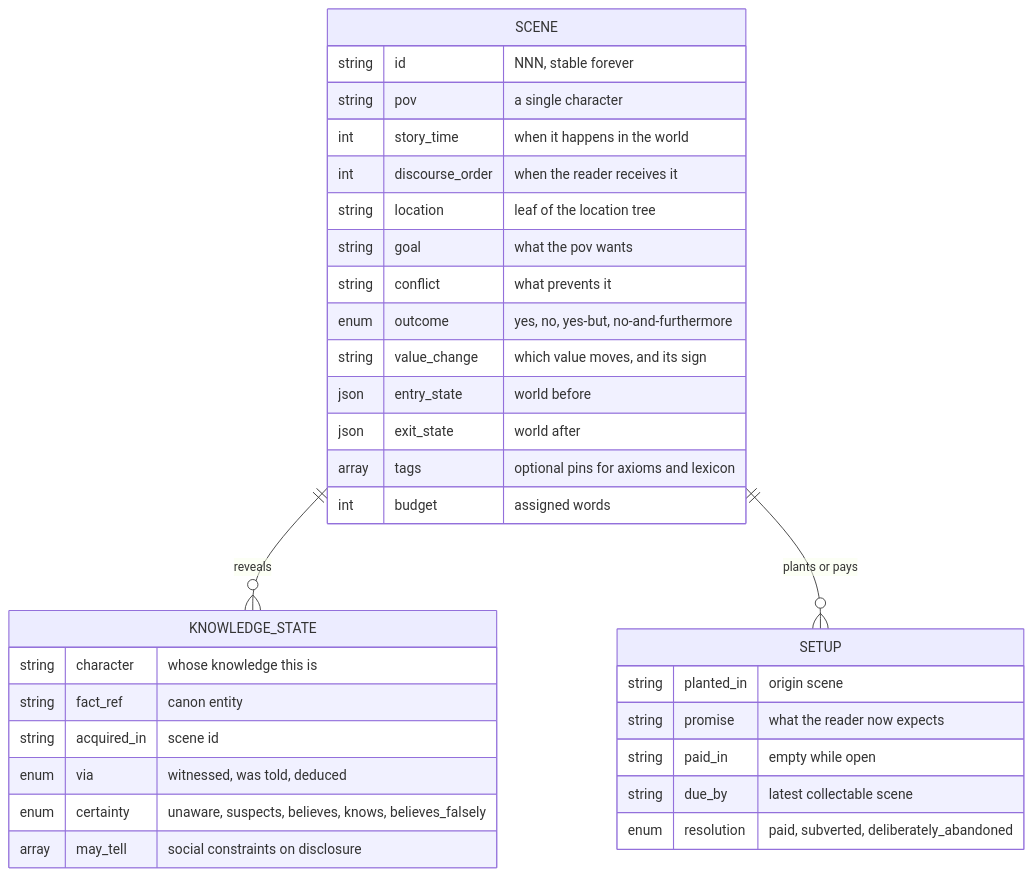
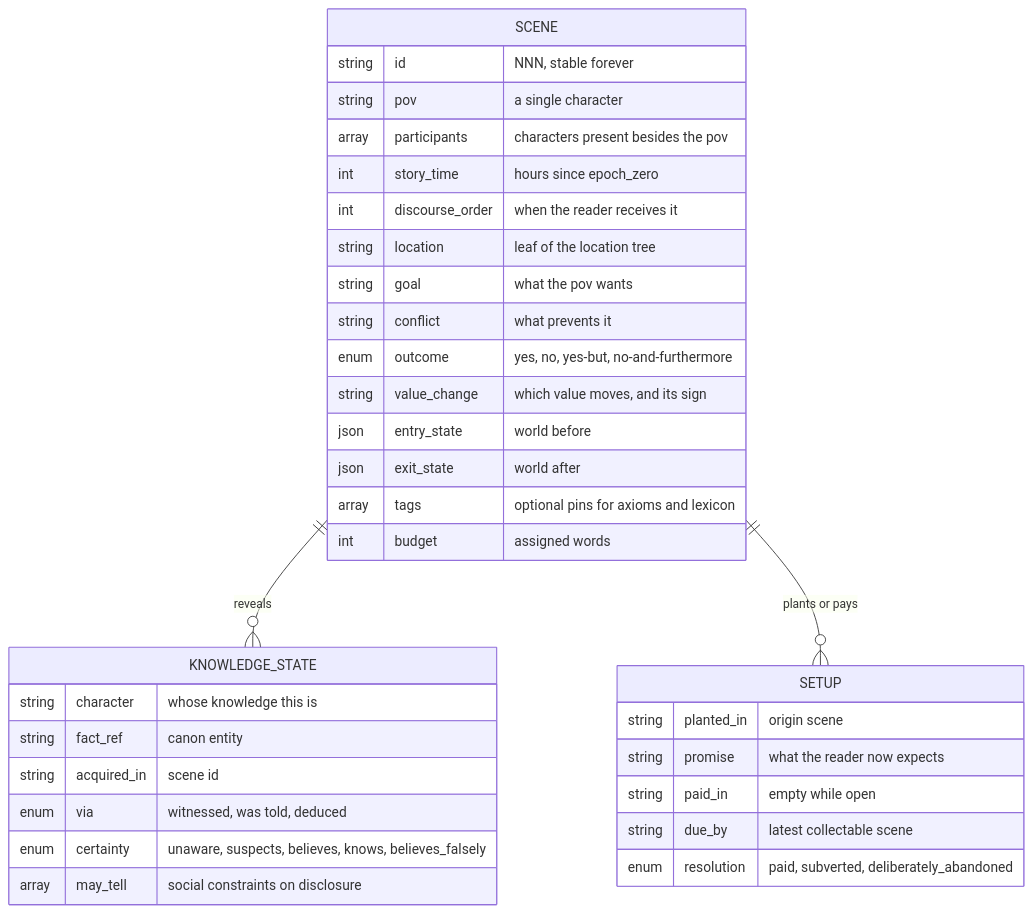
The second of 5 diagrams in docs/domain-knowledge.md (ignacio-hurtado-qaracter/My-Story-Marker), drawn with Mermaid before and after one commit. The commit also changed 3 other files, not shown here.

First line of the commit message:
docs: add participants to Scene and fix story_time as hours since epoch_zero

````diff
--- a/docs/domain-knowledge.md
+++ b/docs/domain-knowledge.md
@@ -83,38 +83,39 @@
 ```mermaid
 erDiagram
   SCENE ||--o{ KNOWLEDGE_STATE : "reveals"
   SCENE ||--o{ SETUP : "plants or pays"
 
   SCENE {
     string  id                "NNN, stable forever"
     string  pov               "a single character"
-    int     story_time        "when it happens in the world"
+    array   participants      "characters present besides the pov"
+    int     story_time        "hours since epoch_zero"
     int     discourse_order   "when the reader receives it"
     string  location          "leaf of the location tree"
     string  goal              "what the pov wants"
     string  conflict          "what prevents it"
     enum    outcome           "yes, no, yes-but, no-and-furthermore"
     string  value_change      "which value moves, and its sign"
     json    entry_state       "world before"
     json    exit_state        "world after"
     array   tags              "optional pins for axioms and lexicon"
     int     budget            "assigned words"
   }
 
   KNOWLEDGE_STATE {
     string  character         "whose knowledge this is"
     string  fact_ref          "canon entity"
     string  acquired_in       "scene id"
     enum    via               "witnessed, was told, deduced"
     enum    certainty         "unaware, suspects, believes, knows, believes_falsely"
     array   may_tell          "social constraints on disclosure"
   }
 
   SETUP {
     string  planted_in        "origin scene"
     string  promise           "what the reader now expects"
     string  paid_in           "empty while open"
     string  due_by            "latest collectable scene"
     enum    resolution        "paid, subverted, deliberately_abandoned"
   }
 ```
````
